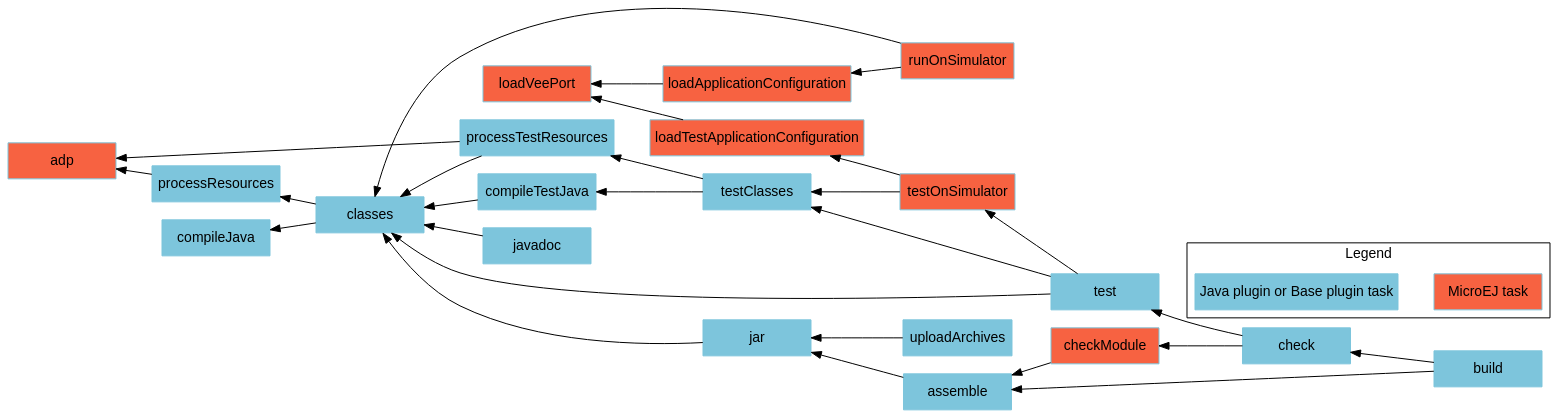
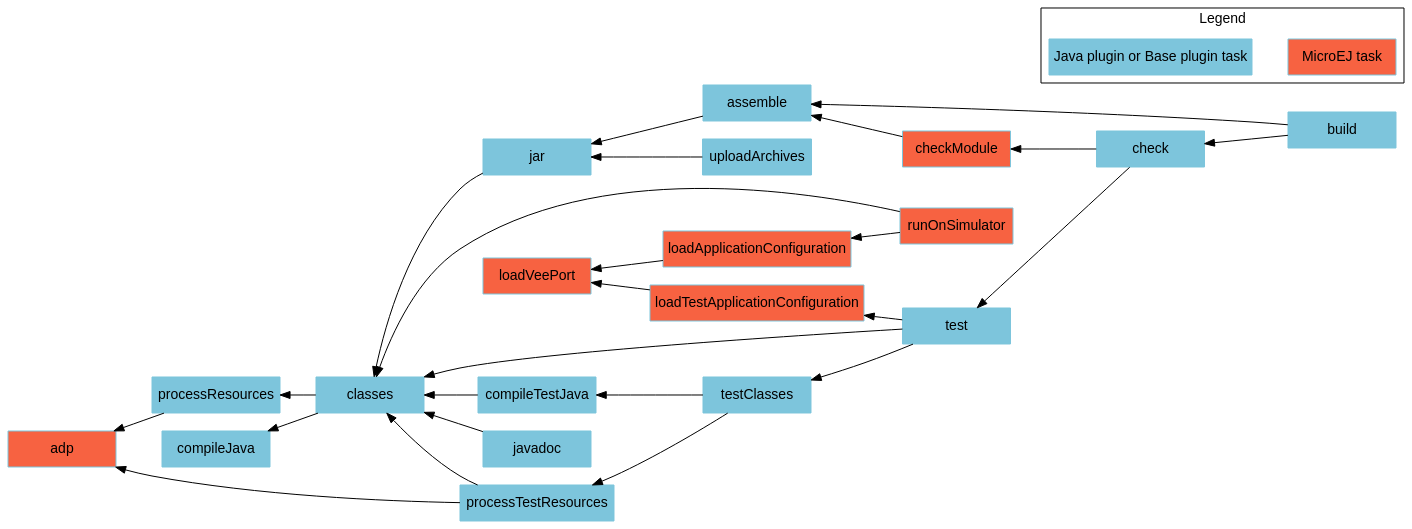
One commit to MicroEJ/docs changed the diagram in SDK6UserGuide/graphAddonLibraryModule.dot. Above: the diagram before and after it, drawn with Graphviz. The commit also changed 2 other files, not shown here.

Commit message:
remove testOnSimulator task in module nature page

```diff
--- a/SDK6UserGuide/graphAddonLibraryModule.dot
+++ b/SDK6UserGuide/graphAddonLibraryModule.dot
@@ -1,54 +1,51 @@
 digraph mygraph {
     rankdir="RL";
     bgcolor="transparent"
     fontname="Helvetica,Arial,sans-serif"
     node [
         shape = box
         width = 1.5
         color = "#7dc5dc"
         style = filled
         fontname="Helvetica,Arial,sans-serif"
     ]
     edge [fontname="Helvetica,Arial,sans-serif"]
     "adp" [fillcolor = "#f76241"]
     "checkModule" [fillcolor = "#f76241"]
     "loadVeePort" [fillcolor = "#f76241"]
     "loadApplicationConfiguration" [fillcolor = "#f76241"]
     "loadTestApplicationConfiguration" [fillcolor = "#f76241"]
     "runOnSimulator" [fillcolor = "#f76241"]
-    "testOnSimulator" [fillcolor = "#f76241"]
     "build" -> "check"
     "check" -> "test"
-    "test" -> "testOnSimulator"
     "test" -> "classes"
     "test" -> "testClasses"
-    "testOnSimulator" -> "testClasses"
-    "testOnSimulator" -> "loadTestApplicationConfiguration"
+    "test" -> "loadTestApplicationConfiguration"
     "testClasses" -> "compileTestJava"
     "testClasses" -> "processTestResources"
     "loadTestApplicationConfiguration" -> "loadVeePort"
     "processResources" -> "adp"
     "processTestResources" -> "adp"
     "processTestResources" -> "classes"
     "compileTestJava" -> "classes"
     "javadoc" -> "classes"
     "classes" -> "compileJava"
     "classes" -> "processResources"
     "build" -> "assemble"
     "assemble" -> "jar"
     "uploadArchives" -> "jar"
     "jar" -> "classes"
     "runOnSimulator" -> "classes"
     "runOnSimulator" -> "loadApplicationConfiguration"
     "loadApplicationConfiguration" -> "loadVeePort"
     "checkModule" -> "assemble"
     "check" -> "checkModule"
 
     subgraph cluster_legend {
         label="Legend";
         microej [fillcolor="#f76241" label="MicroEJ task"];
         java [fillcolor="#7dc5dc" label="Java plugin or Base plugin task"];
         microej -> java [style=invis];
         java -> microej [style=invis];
     }
 }
```
